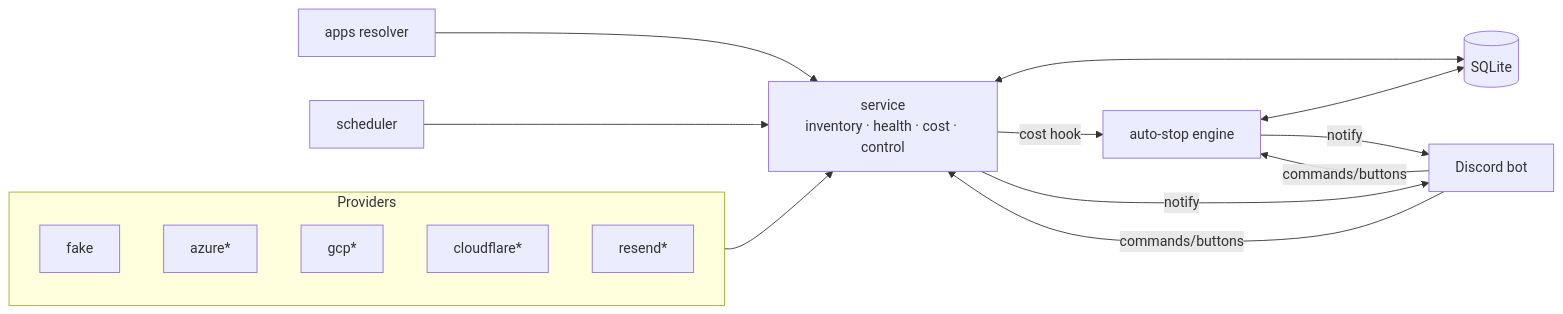
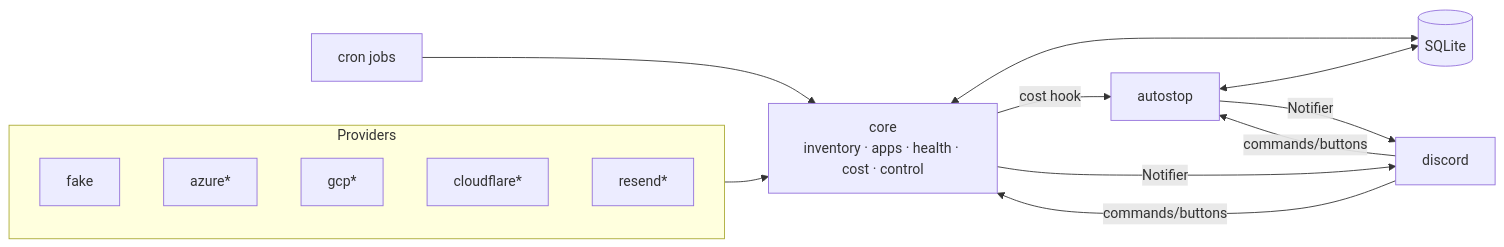
The diagram in README.md (j4rmenkell/cloud-control), drawn with Mermaid before and after one commit. The commit also changed other lines of this file and 18 other files, not shown here.

````diff
--- a/README.md
+++ b/README.md
@@ -11,14 +11,13 @@
 ```mermaid
 flowchart LR
   subgraph Providers
     F[fake] & AZ[azure*] & G[gcp*] & CF[cloudflare*] & R[resend*]
   end
-  Providers --> S[service<br/>inventory · health · cost · control]
-  A[apps resolver] --> S
-  S <--> DB[(SQLite)]
-  SCH[scheduler] --> S
-  S -- cost hook --> AS[auto-stop engine]
+  Providers --> C[core<br/>inventory · apps · health · cost · control]
+  C <--> DB[(SQLite)]
+  J[cron jobs] --> C
+  C -- cost hook --> AS[autostop]
   AS <--> DB
-  S & AS -- notify --> B[Discord bot]
-  B -- commands/buttons --> S & AS
+  C & AS -- Notifier --> D[discord]
+  D -- commands/buttons --> C & AS
 ```
````
